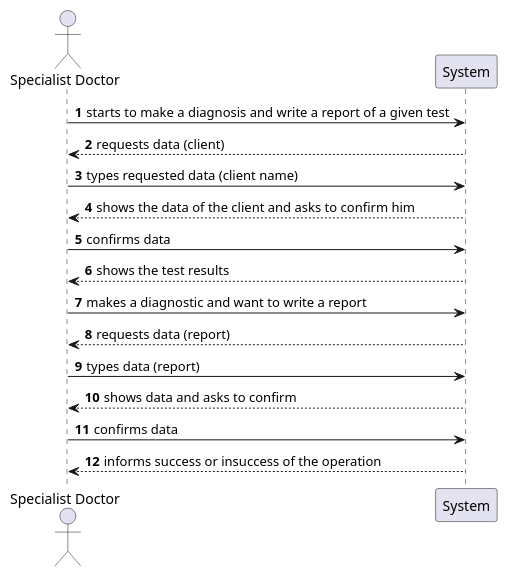
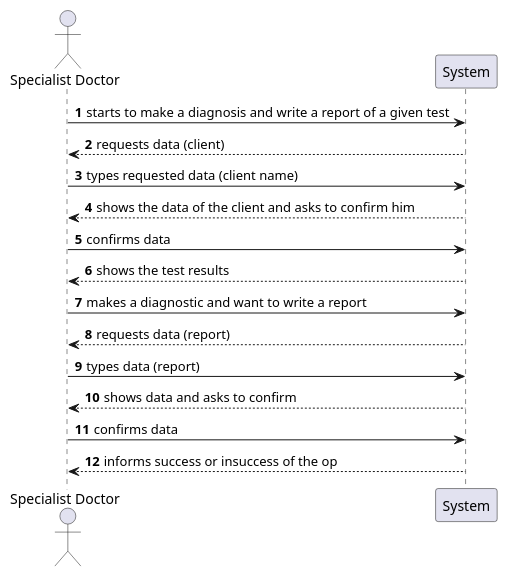
One commit to jsmarques98/LAPR2-ISEP changed the diagram in docs/SprintC/US14/US14_SSD.puml. Above: the diagram before and after it, drawn with PlantUML. The commit also changed 1 other file, not shown here.

```diff
--- a/docs/SprintC/US14/US14_SSD.puml
+++ b/docs/SprintC/US14/US14_SSD.puml
@@ -1,25 +1,25 @@
 @startuml
 'https://plantuml.com/sequence-diagram
 
 autonumber
 
 actor  "Specialist Doctor" as Spec
 
 Spec -> System: starts to make a diagnosis and write a report of a given test
 System --> Spec: requests data (client)
 
 Spec -> System: types requested data (client name)
 System --> Spec: shows the data of the client and asks to confirm him
 
 Spec -> System: confirms data
 System --> Spec: shows the test results
 
 Spec -> System: makes a diagnostic and want to write a report
 System --> Spec: requests data (report)
 
 Spec -> System: types data (report)
 System --> Spec: shows data and asks to confirm
 
 Spec -> System: confirms data
-System --> Spec: informs success or insuccess of the operation
+System --> Spec: informs success or insuccess of the op
 @enduml
```
